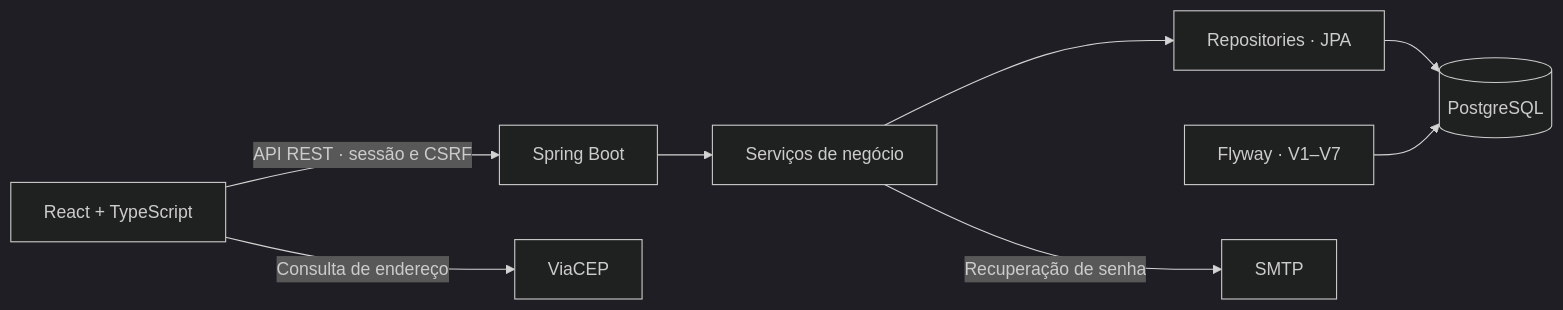
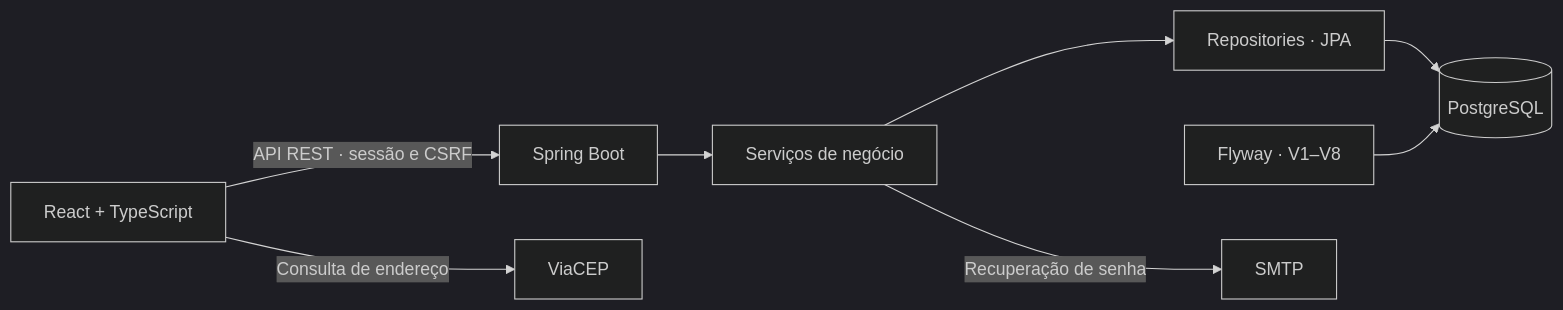
One commit to Xerocado/NextFlow changed the diagram in README.md. Above: the diagram before and after it, drawn with Mermaid (dark theme). The commit also changed other lines of this file and 33 other files, not shown here.

````diff
--- a/README.md
+++ b/README.md
@@ -109,10 +109,10 @@
 ```mermaid
 flowchart LR
     UI["React + TypeScript"] -->|"API REST · sessão e CSRF"| API["Spring Boot"]
     API --> NEG["Serviços de negócio"]
     NEG --> JPA["Repositories · JPA"]
     JPA --> DB[("PostgreSQL")]
-    FLY["Flyway · V1–V7"] --> DB
+    FLY["Flyway · V1–V8"] --> DB
     NEG -->|"Recuperação de senha"| MAIL["SMTP"]
     UI -->|"Consulta de endereço"| CEP["ViaCEP"]
 ```
````
